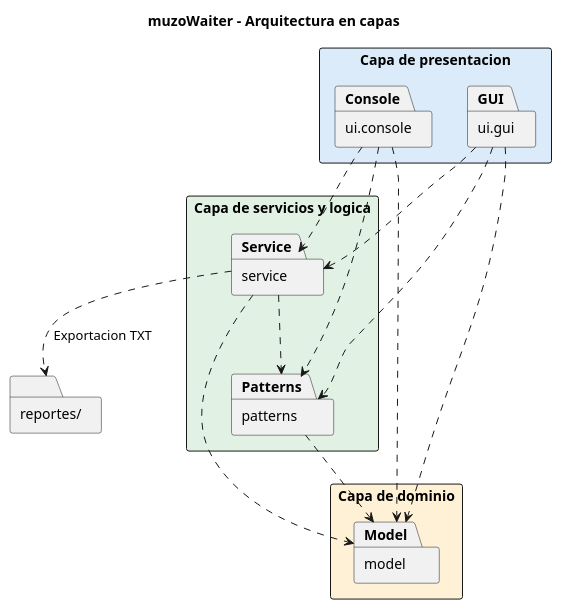
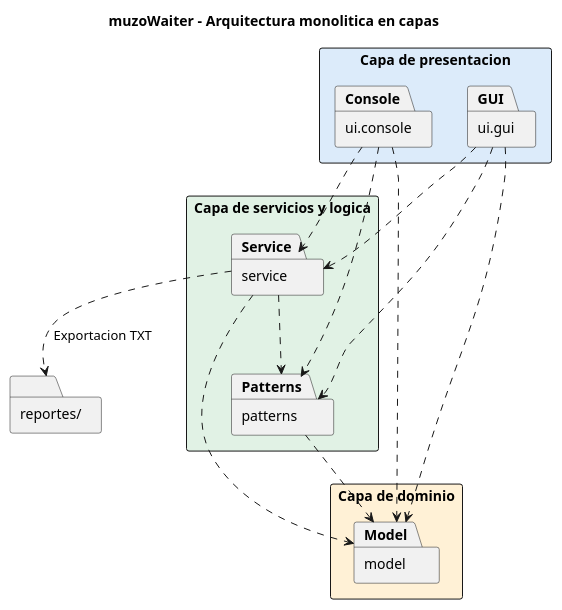
Before and after one commit to Bennytow/muzoWaiter: the diagram in docs/uml/11-arquitectura-paquetes.puml, drawn with PlantUML. The commit also changed 4 other files, not shown here.

Commit message:
docs: definir arquitectura monolitica organizada en capas

```diff
--- a/docs/uml/11-arquitectura-paquetes.puml
+++ b/docs/uml/11-arquitectura-paquetes.puml
@@ -1,36 +1,36 @@
 @startuml
-title muzoWaiter - Arquitectura en capas
+title muzoWaiter - Arquitectura monolitica en capas
 top to bottom direction
 skinparam shadowing false
 skinparam packageStyle rectangle
 
 package "Capa de presentacion" #DCEBFA {
     package "ui.console" as Console
     package "ui.gui" as GUI
 }
 
 package "Capa de servicios y logica" #E1F2E5 {
     package "service" as Service
     package "patterns" as Patterns
 }
 
 package "Capa de dominio" #FFF1D6 {
     package "model" as Model
 }
 
 folder "reportes/" as Reportes
 
 Console ..> Service
 GUI ..> Service
 Console ..> Patterns
 GUI ..> Patterns
 Console ..> Model
 GUI ..> Model
 
 Service ..> Patterns
 Service ..> Model
 Patterns ..> Model
 
 Service ..> Reportes : Exportacion TXT
 
 @enduml
```
